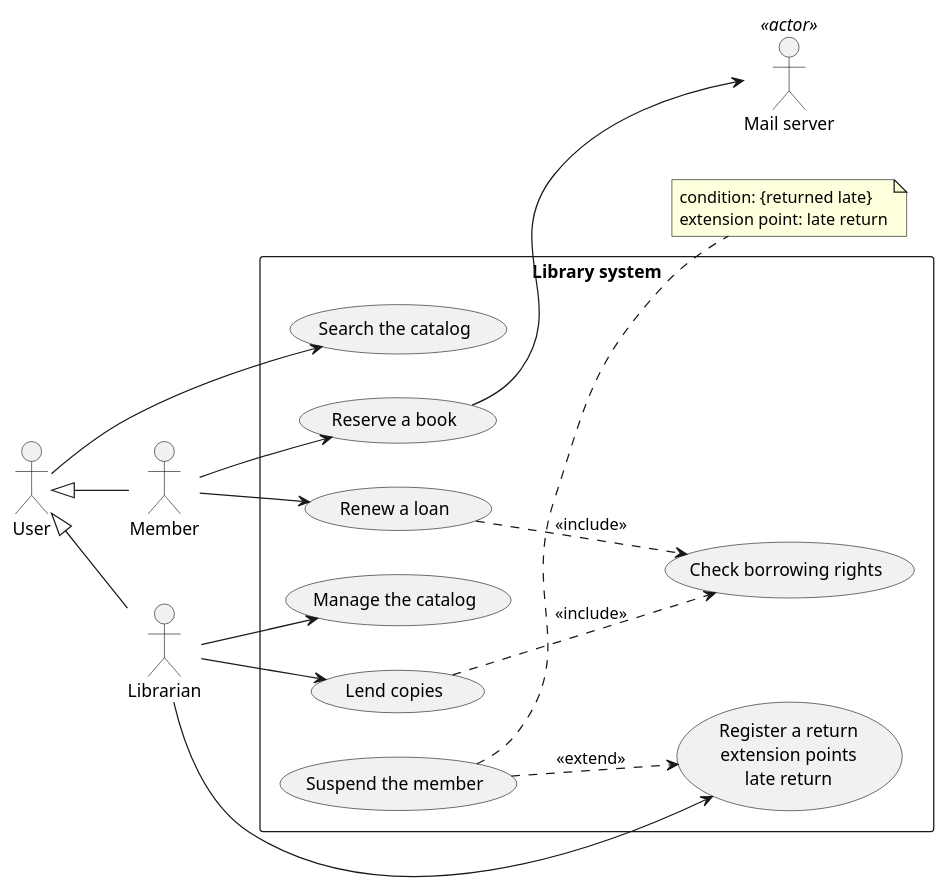
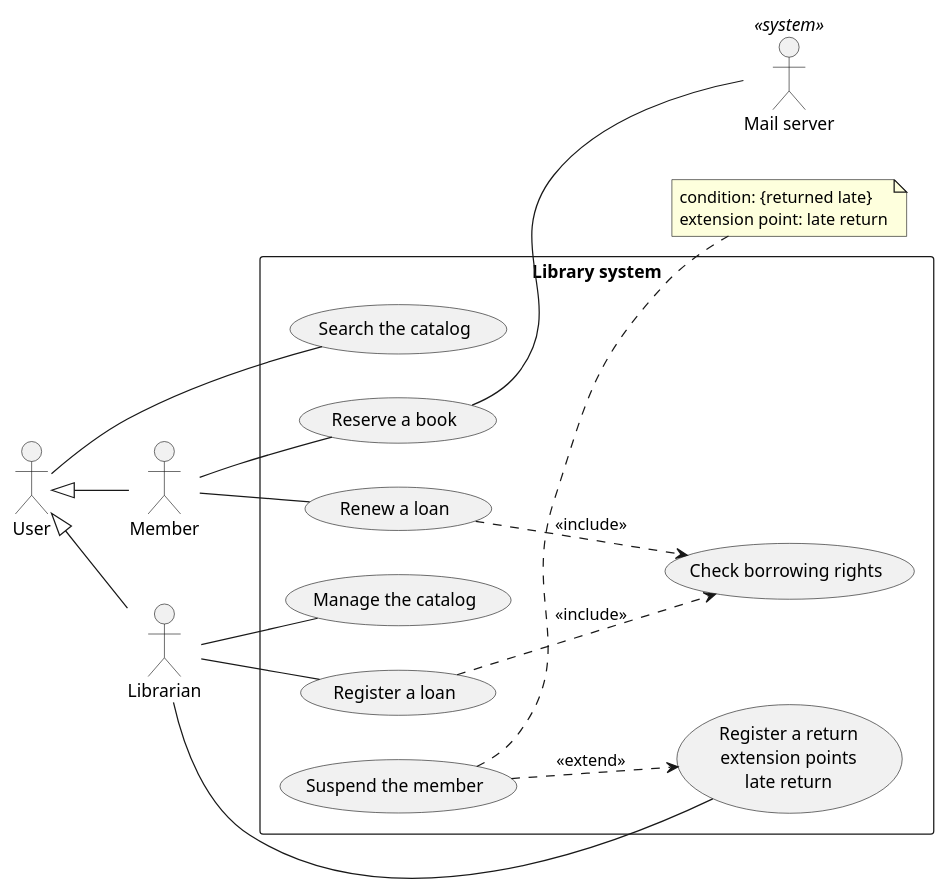
The diagram in docs/uml/use-cases.puml (nour26-ai/tp2-library), drawn with PlantUML before and after one commit. The commit also changed other lines of this file and 2 other files, not shown here.

Commit message:
Apply professor feedback to UML diagrams

```diff
--- a/docs/uml/use-cases.puml
+++ b/docs/uml/use-cases.puml
@@ -1,59 +2,54 @@
 @startuml
-' جعل الاتجاه من اليسار إلى اليمين لتنظيم الرسمة بشكل أفضل
 left to right direction
 
-' --- 1. تعريف المستخدمين (Actors) ---
+' Actors
 actor User
 actor Member
 actor Librarian
-actor "Mail server" as Mail <<actor>>
+actor "Mail server" as Mail <<system>>
 
-' --- 2. علاقات الوراثة (Generalization) ---
-' العضو والمكتبي هما نوعان من المستخدم (User)
+' Generalization
 User <|-- Member
 User <|-- Librarian
 
-' --- 3. حدود النظام (System Boundary) ---
+' System Boundary
 rectangle "Library system" {
-    ' تعريف حالات الاستخدام (Use Cases)
+
+    ' Use Cases
     usecase "Search the catalog" as Search
     usecase "Reserve a book" as Reserve
     usecase "Renew a loan" as Renew
-    usecase "Lend copies" as Lend
-    
-    ' حالة استخدام تحتوي على نقطة تمديد (Extension Point) على عدة أسطر
+    usecase "Register a loan" as Lend
+
     usecase Return as "Register a return
     extension points
     late return"
-    
+
     usecase "Manage the catalog" as Manage
     usecase "Check borrowing rights" as Check
     usecase "Suspend the member" as Suspend
 
-    ' --- 4. ربط الأكتورز بحالات الاستخدام ---
-    User --> Search
-    Member --> Reserve
-    Member --> Renew
-    Librarian --> Lend
-    Librarian --> Return
-    Librarian --> Manage
-
-    ' --- 5. علاقات التضمين والتمديد (Include & Extend) ---
-    ' التحقق من حقوق الاستعارة مطلوب دائماً عند تجديد أو تسجيل إعارة
+    ' Include
     Renew ..> Check : <<include>>
     Lend ..> Check : <<include>>
-    
-    ' تعليق العضوية يتم كإمتداد لحالة إرجاع الكتاب في حال التأخير
+
+    ' Extend
     Suspend ..> Return : <<extend>>
 }
 
-' --- 6. ربط خارجي مع سيرفر البريد ---
-Reserve --> Mail
+' Associations
+User -- Search
+Member -- Reserve
+Member -- Renew
+Librarian -- Lend
+Librarian -- Return
+Librarian -- Manage
+Reserve -- Mail
 
-' --- 7. إضافة الملاحظة (Note) الخاصة بشرط التأخير ---
+' Note
 note right of Suspend
   condition: {returned late}
   extension point: late return
 end note
 
 @enduml
```
